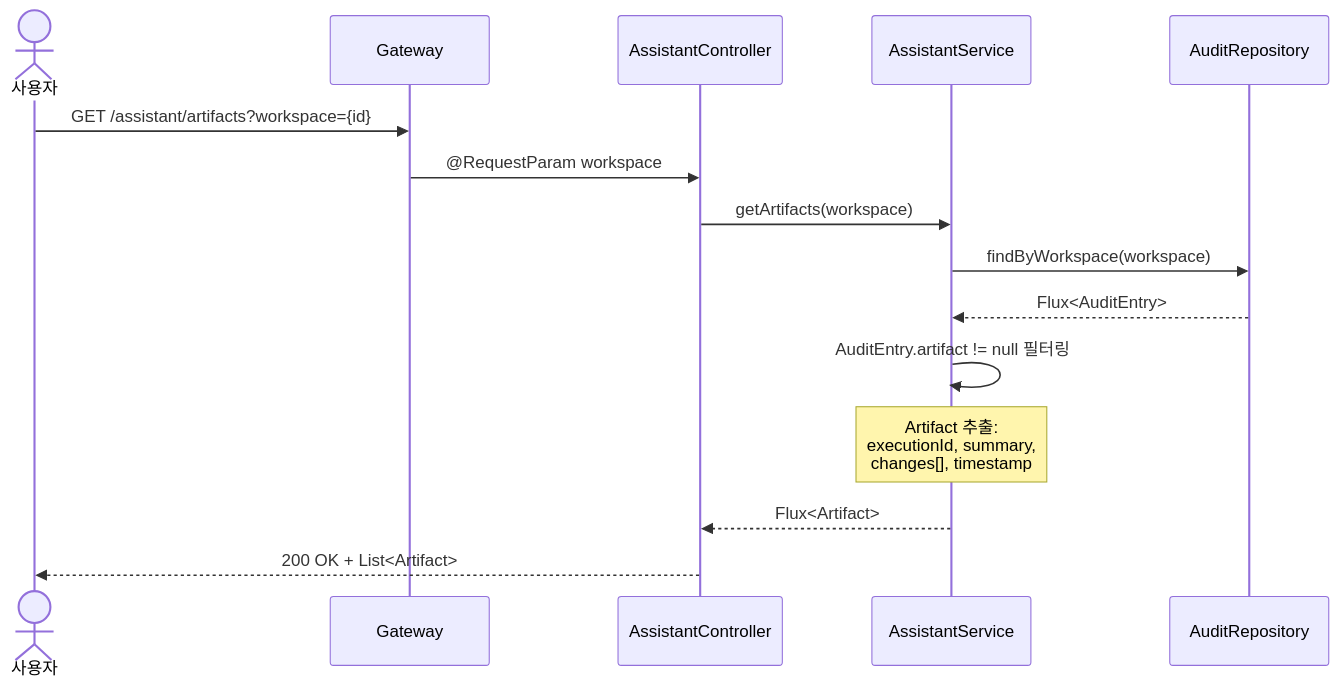
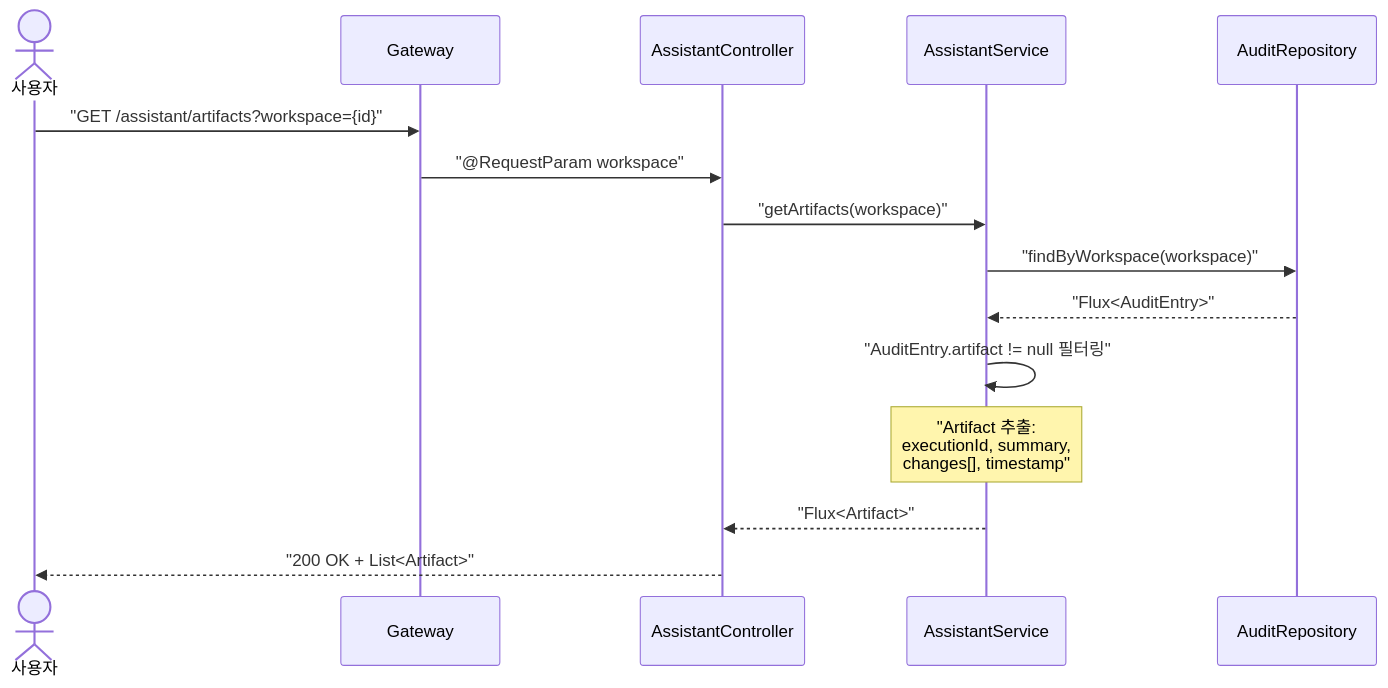
One commit to sayaya1090/handbook changed the ninth of 13 diagrams in assistant/USECASE.md. Above: the diagram before and after it, drawn with Mermaid. The commit also changed other lines of this file and 22 other files, not shown here.

First line of the commit message:
docs: Mermaid 다이어그램 렌더링 오류 수정을 위한 구문 전수 교정

````diff
--- a/assistant/USECASE.md
+++ b/assistant/USECASE.md
@@ -317,18 +317,18 @@
 ```mermaid
 sequenceDiagram
     actor User as 사용자
     participant GW as Gateway
     participant Ctrl as AssistantController
     participant Svc as AssistantService
     participant Repo as AuditRepository
 
-    User->>GW: GET /assistant/artifacts?workspace={id}
-    GW->>Ctrl: @RequestParam workspace
-    Ctrl->>Svc: getArtifacts(workspace)
-    Svc->>Repo: findByWorkspace(workspace)
-    Repo-->>Svc: Flux<AuditEntry>
-    Svc->>Svc: AuditEntry.artifact != null 필터링
-    Note over Svc: Artifact 추출:<br/>executionId, summary,<br/>changes[], timestamp
-    Svc-->>Ctrl: Flux<Artifact>
-    Ctrl-->>User: 200 OK + List<Artifact>
+    User->>GW: "GET /assistant/artifacts?workspace={id}"
+    GW->>Ctrl: "@RequestParam workspace"
+    Ctrl->>Svc: "getArtifacts(workspace)"
+    Svc->>Repo: "findByWorkspace(workspace)"
+    Repo-->>Svc: "Flux<AuditEntry>"
+    Svc->>Svc: "AuditEntry.artifact != null 필터링"
+    Note over Svc: "Artifact 추출:<br/>executionId, summary,<br/>changes[], timestamp"
+    Svc-->>Ctrl: "Flux<Artifact>"
+    Ctrl-->>User: "200 OK + List<Artifact>"
 ```
````
